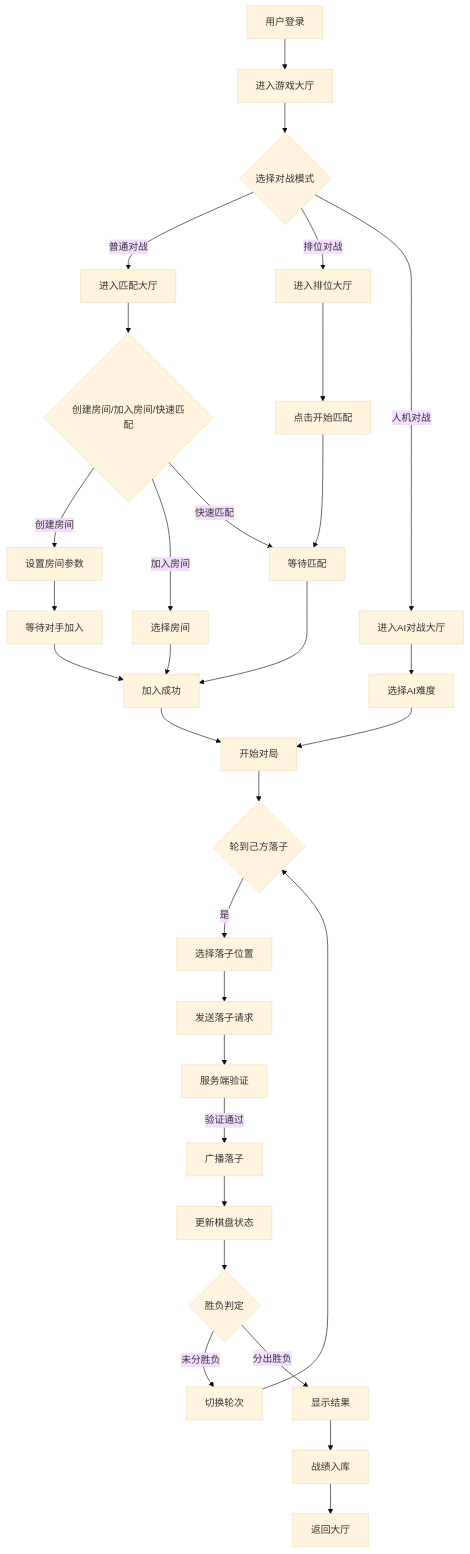
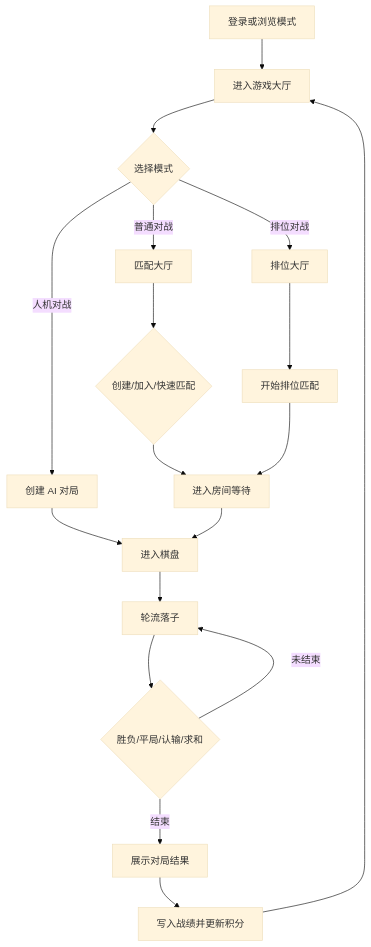
The first of 3 diagrams in docs/PRD.md (yznn007/Gomatch), drawn with Mermaid (base theme) before and after one commit. The commit also changed other lines of this file and 28 other files, not shown here.

````diff
--- a/docs/PRD.md
+++ b/docs/PRD.md
@@ -83,33 +59,20 @@
 ```mermaid
 flowchart TD
-    A[用户登录] --> B[进入游戏大厅]
-    B --> C{选择对战模式}
-    C -->|普通对战| D[进入匹配大厅]
-    C -->|排位对战| E[进入排位大厅]
-    C -->|人机对战| F[进入AI对战大厅]
-    D --> G{创建房间/加入房间/快速匹配}
-    G -->|创建房间| H[设置房间参数]
-    H --> I[等待对手加入]
-    G -->|加入房间| J[选择房间]
-    J --> K[加入成功]
-    G -->|快速匹配| L[等待匹配]
-    L --> K
-    E --> M[点击开始匹配]
-    M --> L
-    F --> N[选择AI难度]
-    N --> O[开始对局]
-    I --> K
-    K --> O
-    O --> P{轮到己方落子}
-    P -->|是| Q[选择落子位置]
-    Q --> R[发送落子请求]
-    R --> S[服务端验证]
-    S -->|验证通过| T[广播落子]
-    T --> U[更新棋盘状态]
-    U --> V{胜负判定}
-    V -->|未分胜负| W[切换轮次]
-    W --> P
-    V -->|分出胜负| X[显示结果]
-    X --> Y[战绩入库]
-    Y --> Z[返回大厅]
+    A[登录或浏览模式] --> B[进入游戏大厅]
+    B --> C{选择模式}
+    C -->|普通对战| D[匹配大厅]
+    C -->|排位对战| E[排位大厅]
+    C -->|人机对战| F[创建 AI 对局]
+    D --> G{创建/加入/快速匹配}
+    E --> H[开始排位匹配]
+    G --> I[进入房间等待]
+    H --> I
+    F --> J[进入棋盘]
+    I --> J
+    J --> K[轮流落子]
+    K --> L{胜负/平局/认输/求和}
+    L -->|未结束| K
+    L -->|结束| M[展示对局结果]
+    M --> N[写入战绩并更新积分]
+    N --> B
 ```
````
